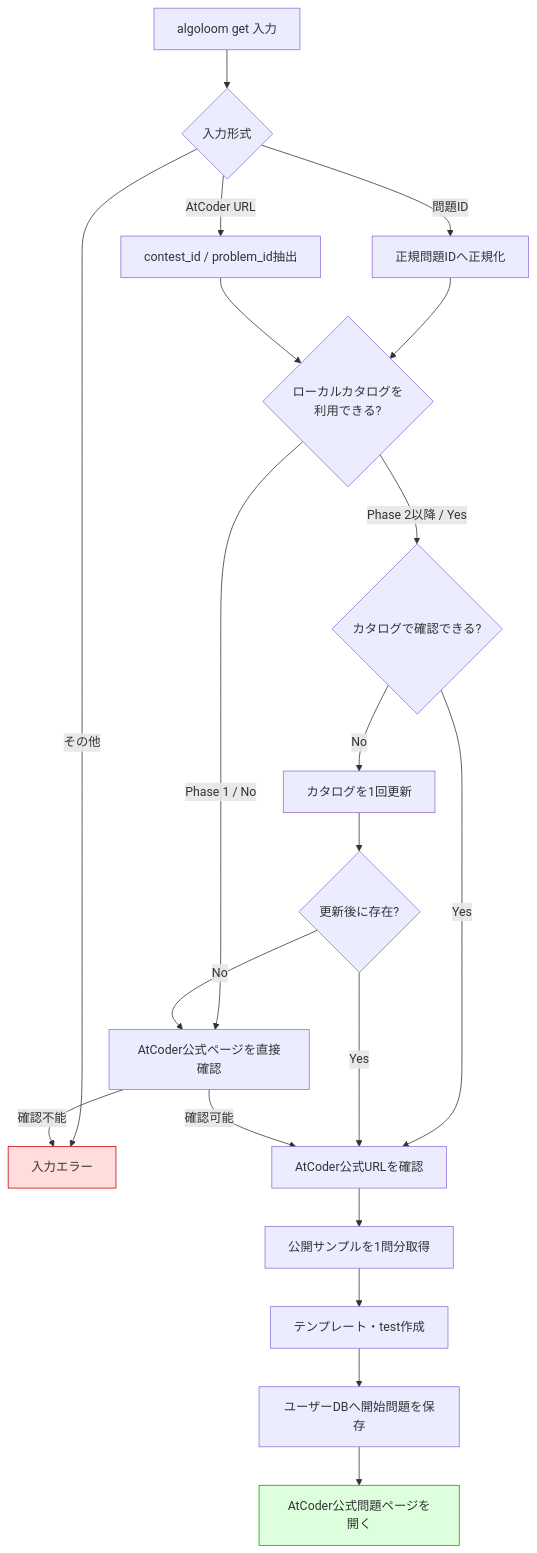
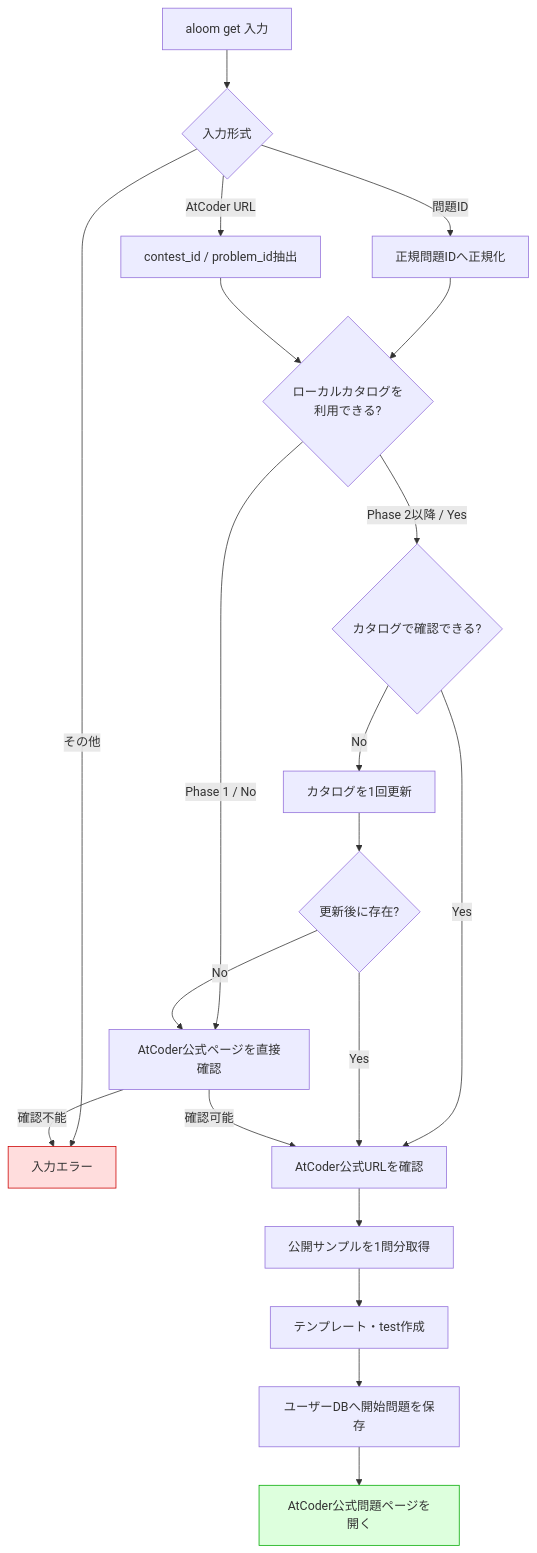
Before and after one commit to mgmaru/algo-loom: the fourth of 9 diagrams in design/problem-selection-and-catalog.md, drawn with Mermaid. The commit also changed other lines of this file and 7 other files, not shown here.

````diff
--- a/design/problem-selection-and-catalog.md
+++ b/design/problem-selection-and-catalog.md
@@ -311,27 +311,27 @@
 ```mermaid
 flowchart TD
-    A[algoloom get 入力] --> B{入力形式}
+    A[aloom get 入力] --> B{入力形式}
     B -->|問題ID| C[正規問題IDへ正規化]
     B -->|AtCoder URL| D[contest_id / problem_id抽出]
     B -->|その他| X[入力エラー]
 
     C --> E{ローカルカタログを<br/>利用できる?}
     D --> E
     E -->|Phase 1 / No| J[AtCoder公式ページを直接確認]
     E -->|Phase 2以降 / Yes| F{カタログで確認できる?}
     F -->|Yes| G[AtCoder公式URLを確認]
     F -->|No| H[カタログを1回更新]
     H --> I{更新後に存在?}
     I -->|Yes| G
     I -->|No| J[AtCoder公式ページを直接確認]
     J -->|確認可能| G
     J -->|確認不能| X
 
     G --> K[公開サンプルを1問分取得]
     K --> L[テンプレート・test作成]
     L --> M[ユーザーDBへ開始問題を保存]
     M --> N[AtCoder公式問題ページを開く]
 
     style X fill:#fdd,stroke:#c00
     style N fill:#dfd,stroke:#0a0
 ```
````
